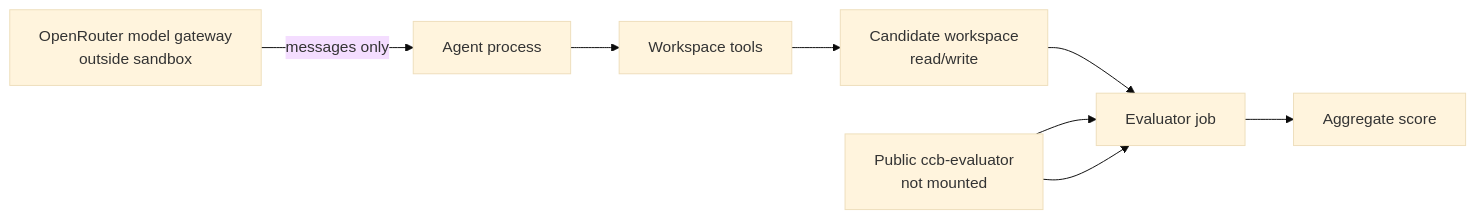
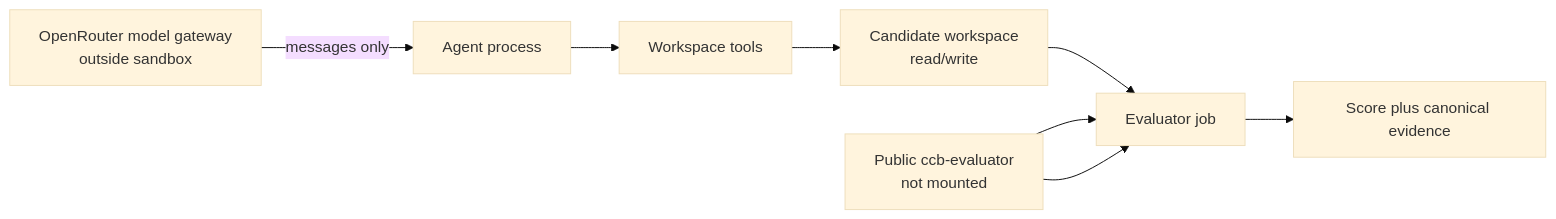
Before and after one commit to HoppR-tech/ccb-evaluator: the diagram in docs/architecture.md, drawn with Mermaid (base theme). The commit also changed other lines of this file and 4 other files, not shown here.

````diff
--- a/docs/architecture.md
+++ b/docs/architecture.md
@@ -11,13 +11,13 @@
 ```mermaid
 flowchart LR
     modelGateway[OpenRouter model gateway
 outside sandbox] -->|messages only| agent[Agent process]
     agent --> tools[Workspace tools]
     tools --> workspace[Candidate workspace
 read/write]
     evaluatorRepo[Public ccb-evaluator
 not mounted] --> evaluator[Evaluator job]
     workspace --> evaluator
     evaluatorRepo --> evaluator
-    evaluator --> result[Aggregate score]
+    evaluator --> result[Score plus canonical evidence]
 ```
````
